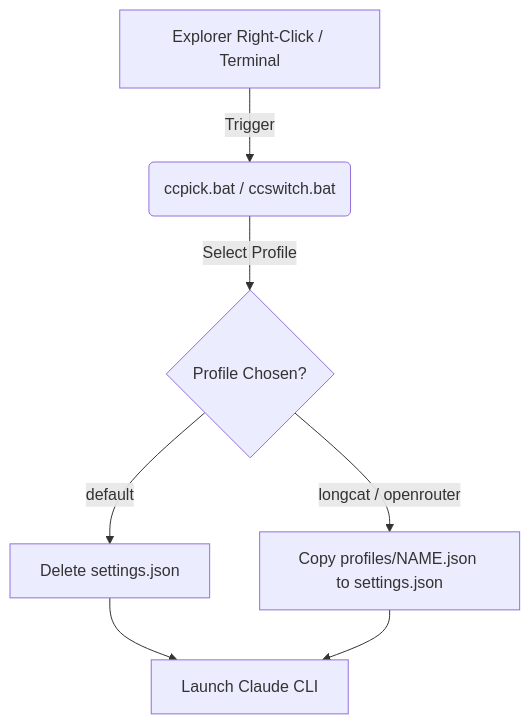
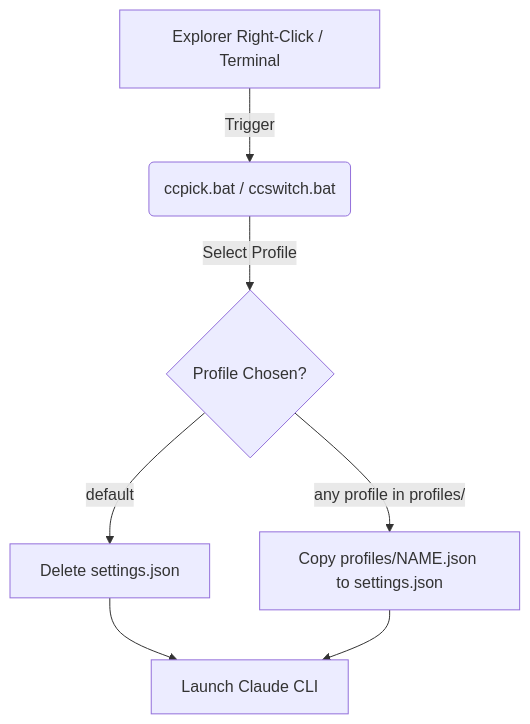
The diagram in CODE_DOCUMENTATION.md (krishnakanthb13/claude-code-switch), drawn with Mermaid before and after one commit. The commit also changed other lines of this file and 4 other files, not shown here.

````diff
--- a/CODE_DOCUMENTATION.md
+++ b/CODE_DOCUMENTATION.md
@@ -9,9 +9,9 @@
 ```mermaid
 graph TD
     A[Explorer Right-Click / Terminal] -->|Trigger| B(ccpick.bat / ccswitch.bat)
     B -->|Select Profile| C{Profile Chosen?}
     C -->|default| D[Delete settings.json]
-    C -->|longcat / openrouter| E[Copy profiles/NAME.json to settings.json]
+    C -->|any profile in profiles/| E[Copy profiles/NAME.json to settings.json]
     D --> F[Launch Claude CLI]
     E --> F
 ```
````
